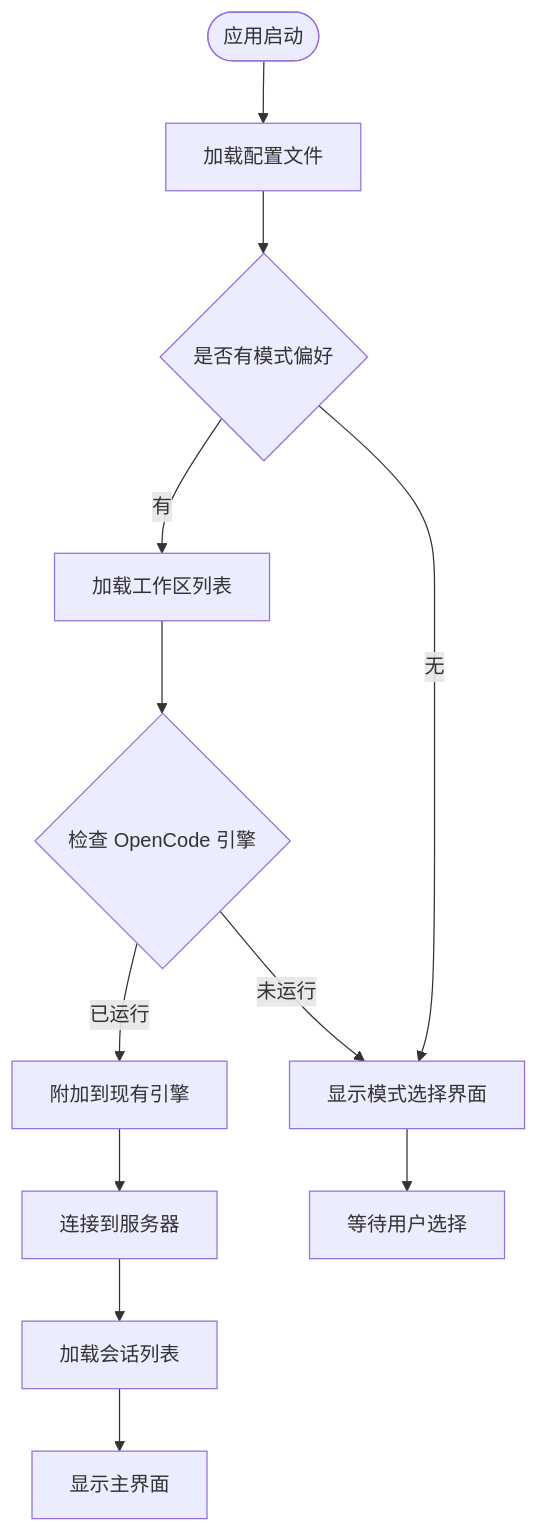
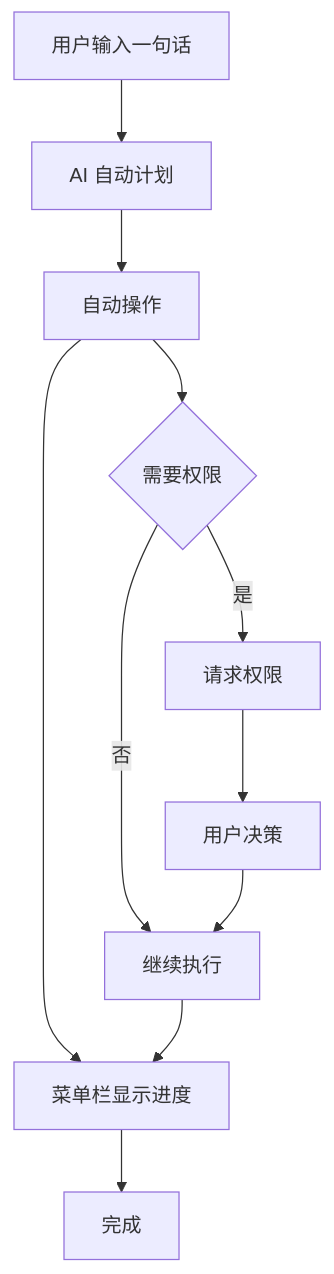
Before and after one commit to zhangs-cedar/openwork: the first of 2 diagrams in 流程图.md, drawn with Mermaid. The commit also changed other lines of this file, not shown here.

Commit message:
docs: 更新 OpenWork 处理流程图，简化核心流程并优化权限处理逻辑

````diff
--- a/流程图.md
+++ b/流程图.md
@@ -42,18 +7,14 @@
 ```mermaid
 flowchart TD
-    Start(["应用启动"]) --> LoadConfig["加载配置文件"]
-    LoadConfig --> CheckModePref{"是否有模式偏好"}
+    UserInput["用户输入一句话"] --> AIPlan["AI 自动计划"]
+    AIPlan --> AutoExecute["自动操作"]
+    AutoExecute --> ShowProgress["菜单栏显示进度"]
+    ShowProgress --> Complete["完成"]
     
-    CheckModePref -->|有| LoadWorkspace["加载工作区列表"]
-    CheckModePref -->|无| ShowModeSelection["显示模式选择界面"]
-    
-    LoadWorkspace --> CheckEngine{"检查 OpenCode 引擎"}
-    CheckEngine -->|已运行| AttachEngine["附加到现有引擎"]
-    CheckEngine -->|未运行| ShowModeSelection
-    
-    AttachEngine --> ConnectServer["连接到服务器"]
-    ConnectServer --> LoadSessions["加载会话列表"]
-    LoadSessions --> ShowDashboard["显示主界面"]
-    
-    ShowModeSelection --> EndNode["等待用户选择"]
+    AutoExecute --> NeedPermission{"需要权限"}
+    NeedPermission -->|是| RequestPermission["请求权限"]
+    NeedPermission -->|否| Continue["继续执行"]
+    RequestPermission --> UserDecision["用户决策"]
+    UserDecision --> Continue
+    Continue --> ShowProgress
 ```
````
